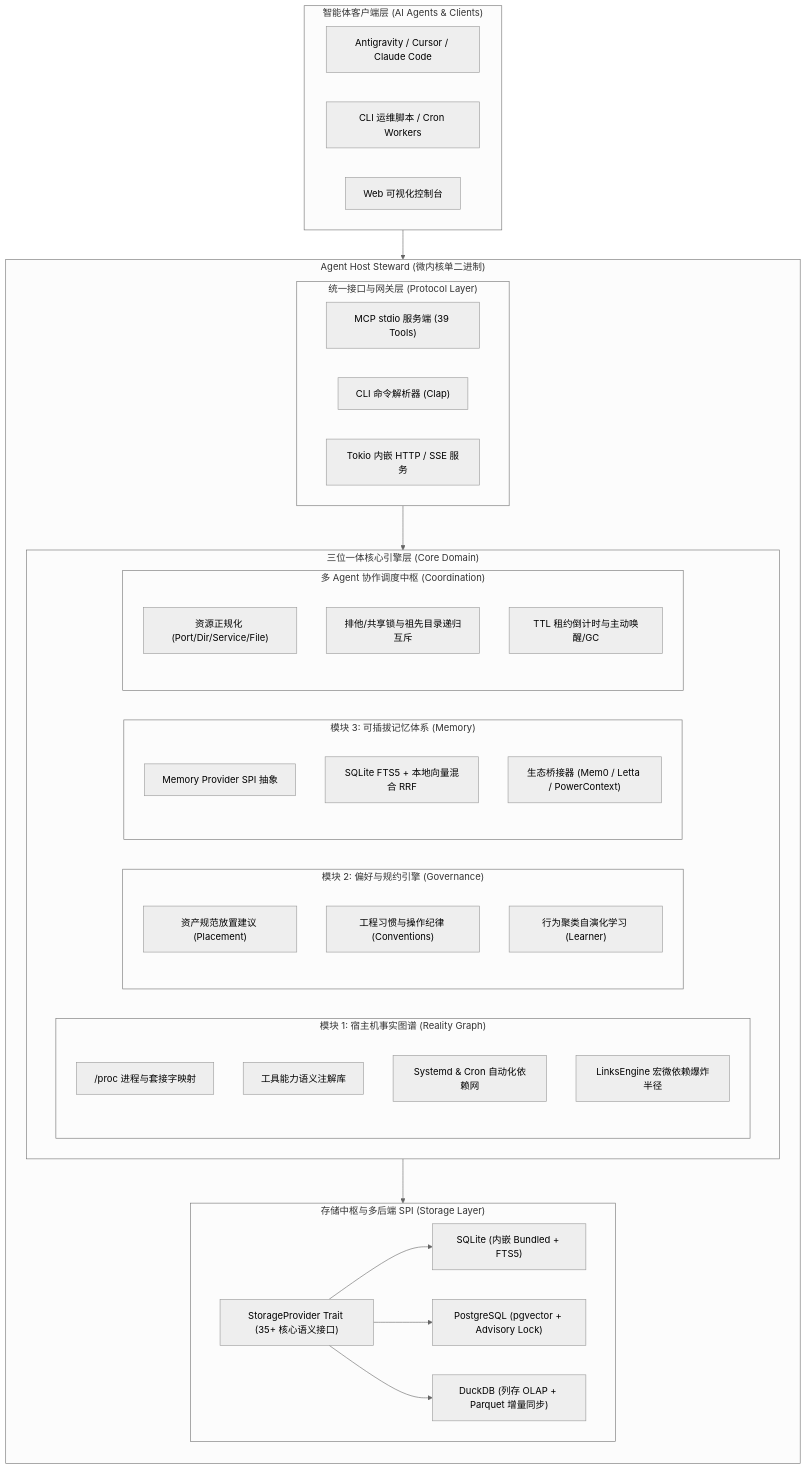
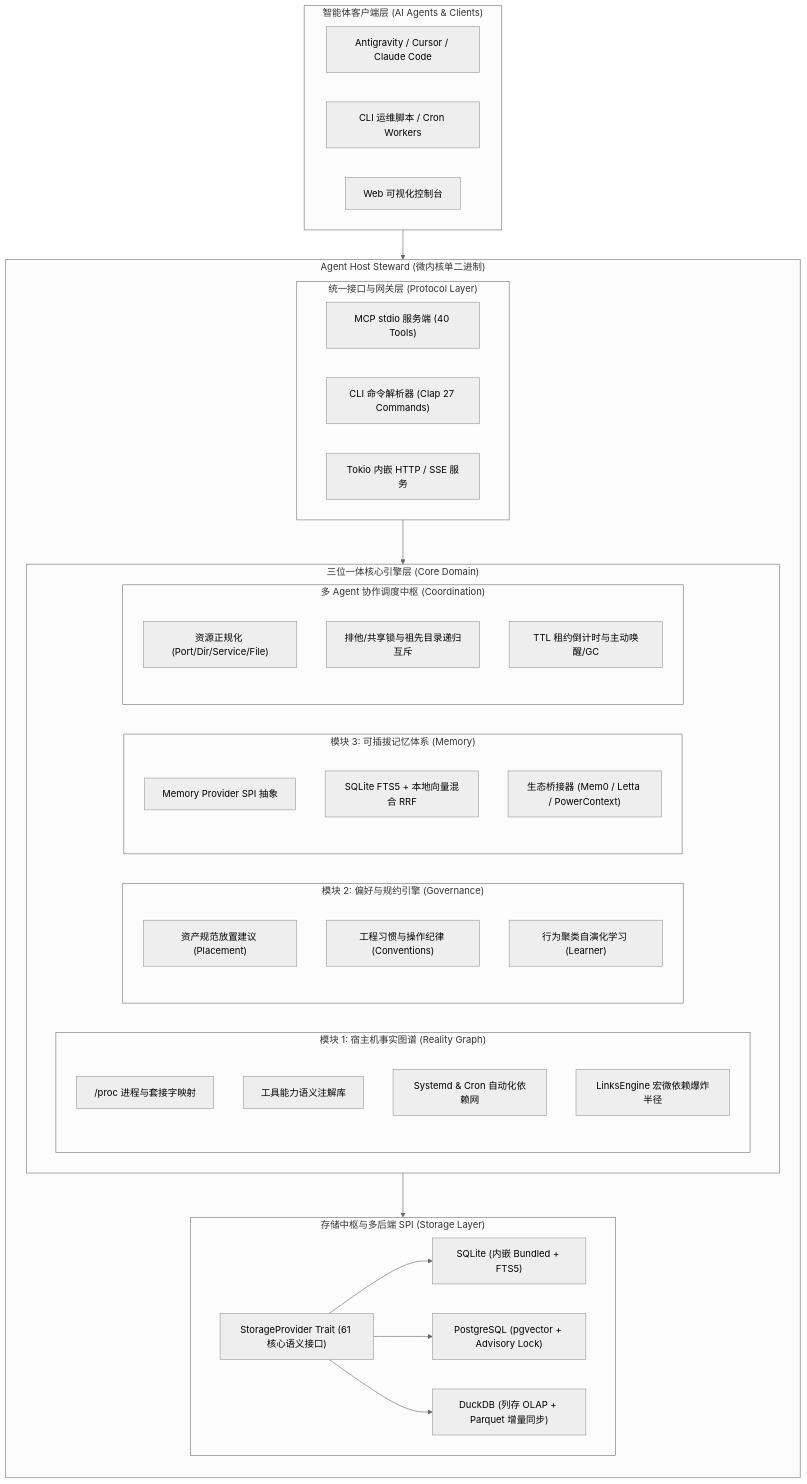
The first of 4 diagrams in arch/01-for-architects.md (digoal/agent-body), drawn with Mermaid (neutral theme) before and after one commit. The commit also changed other lines of this file and 25 other files, not shown here.

Commit message:
docs: align all manuals, arch, skills, releases and HTML decks to v0.4.0 (40 MCP tools, 27 CLI commands, benchmark ledger)

````diff
--- a/arch/01-for-architects.md
+++ b/arch/01-for-architects.md
@@ -40,59 +40,59 @@
 ```mermaid
 graph TD
     subgraph Clients["智能体客户端层 (AI Agents & Clients)"]
         A1["Antigravity / Cursor / Claude Code"]
         A2["CLI 运维脚本 / Cron Workers"]
         A3["Web 可视化控制台"]
     end
 
     subgraph Steward["Agent Host Steward (微内核单二进制)"]
         direction TB
         
         subgraph Protocols["统一接口与网关层 (Protocol Layer)"]
-            P1["MCP stdio 服务端 (39 Tools)"]
-            P2["CLI 命令解析器 (Clap)"]
+            P1["MCP stdio 服务端 (40 Tools)"]
+            P2["CLI 命令解析器 (Clap 27 Commands)"]
             P3["Tokio 内嵌 HTTP / SSE 服务"]
         end
 
         subgraph Core["三位一体核心引擎层 (Core Domain)"]
             subgraph M1["模块 1: 宿主机事实图谱 (Reality Graph)"]
                 F1["/proc 进程与套接字映射"]
                 F2["工具能力语义注解库"]
                 F3["Systemd & Cron 自动化依赖网"]
                 F4["LinksEngine 宏微依赖爆炸半径"]
             end
 
             subgraph M2["模块 2: 偏好与规约引擎 (Governance)"]
                 G1["资产规范放置建议 (Placement)"]
                 G2["工程习惯与操作纪律 (Conventions)"]
                 G3["行为聚类自演化学习 (Learner)"]
             end
 
             subgraph M3["模块 3: 可插拔记忆体系 (Memory)"]
                 Mem1["Memory Provider SPI 抽象"]
                 Mem2["SQLite FTS5 + 本地向量混合 RRF"]
                 Mem3["生态桥接器 (Mem0 / Letta / PowerContext)"]
             end
 
             subgraph Coordination["多 Agent 协作调度中枢 (Coordination)"]
                 C1["资源正规化 (Port/Dir/Service/File)"]
                 C2["排他/共享锁与祖先目录递归互斥"]
                 C3["TTL 租约倒计时与主动唤醒/GC"]
             end
         end
 
         subgraph StorageSPI["存储中枢与多后端 SPI (Storage Layer)"]
-            S_SPI["StorageProvider Trait (35+ 核心语义接口)"]
+            S_SPI["StorageProvider Trait (61 核心语义接口)"]
             S_SQLITE["SQLite (内嵌 Bundled + FTS5)"]
             S_PG["PostgreSQL (pgvector + Advisory Lock)"]
             S_DUCK["DuckDB (列存 OLAP + Parquet 增量同步)"]
         end
     end
 
     Clients --> Protocols
     Protocols --> Core
     Core --> StorageSPI
     S_SPI --> S_SQLITE
     S_SPI --> S_PG
     S_SPI --> S_DUCK
 ```
````
